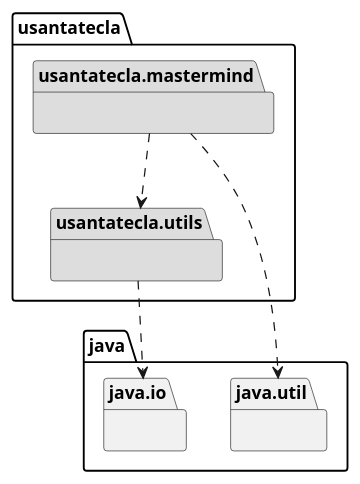
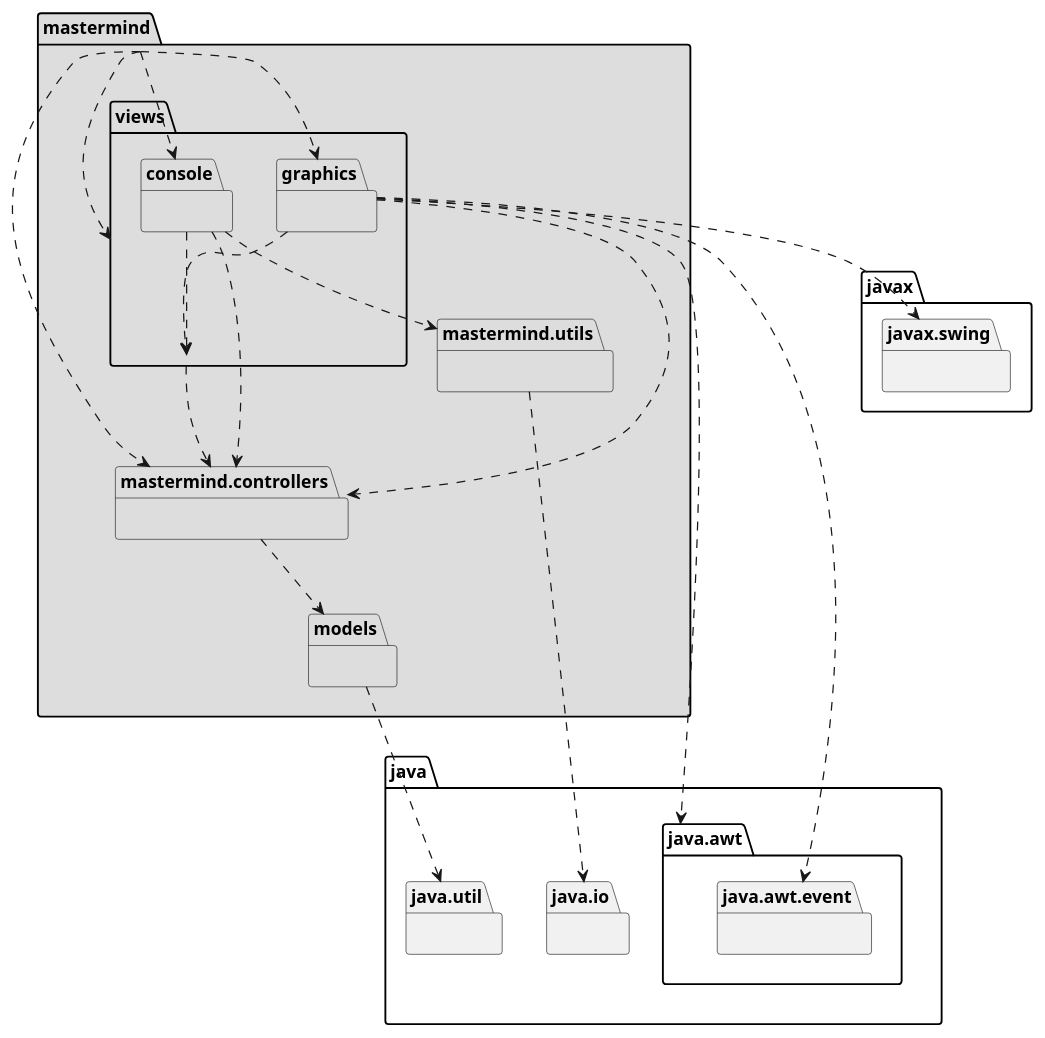
Before and after one commit to SantaTecla-mastermind/solution.java.swing.socket.sql: the diagram in modelViewPresenter/presentationModel/withFacade/docs/diagrams/src/arquitectura.plantuml, drawn with PlantUML. The commit also changed 12 other files, not shown here.

Commit message:
Diagrams updated MVP Facade

```diff
--- a/modelViewPresenter/presentationModel/withFacade/docs/diagrams/src/arquitectura.plantuml
+++ b/modelViewPresenter/presentationModel/withFacade/docs/diagrams/src/arquitectura.plantuml
@@ -1,10 +1,36 @@
 @startuml arquitectura
-package usantatecla.mastermind #DDDDDD { }
+package mastermind #DDDDDD { }
+
+package mastermind.controllers #DDDDDD { }
+mastermind.controllers .down.> mastermind.models
+mastermind  .down.> mastermind.views
+mastermind  .down.> mastermind.views.console
+mastermind  .down.> mastermind.views.graphics
+mastermind  .down.> mastermind.controllers
+
+package mastermind.models #DDDDDD { }
 package java.util{ }
-package usantatecla.utils #DDDDDD { }
+mastermind.models .down.> java.util
+
+package mastermind.utils #DDDDDD { }
 package java.io{ }
+mastermind.utils .down.> java.io
 
-usantatecla.mastermind .down.> java.util
-usantatecla.mastermind .down.> usantatecla.utils
-usantatecla.utils .down.> java.io
+package mastermind.views #DDDDDD { }
+mastermind.views .down.> mastermind.controllers
+
+package mastermind.views.console #DDDDDD { }
+mastermind.views.console .down.> mastermind.controllers
+mastermind.views.console .down.> mastermind.views
+mastermind.views.console .down.> mastermind.utils
+
+package mastermind.views.graphics #DDDDDD { }
+package java.awt{ }
+mastermind.views.graphics .down.> java.awt
+mastermind.views.graphics .down.> mastermind.controllers
+package java.awt.event{ }
+mastermind.views.graphics .down.> java.awt.event
+mastermind.views.graphics .down.> mastermind.views
+package javax.swing{ }
+mastermind.views.graphics .down.> javax.swing
 @enduml
```
